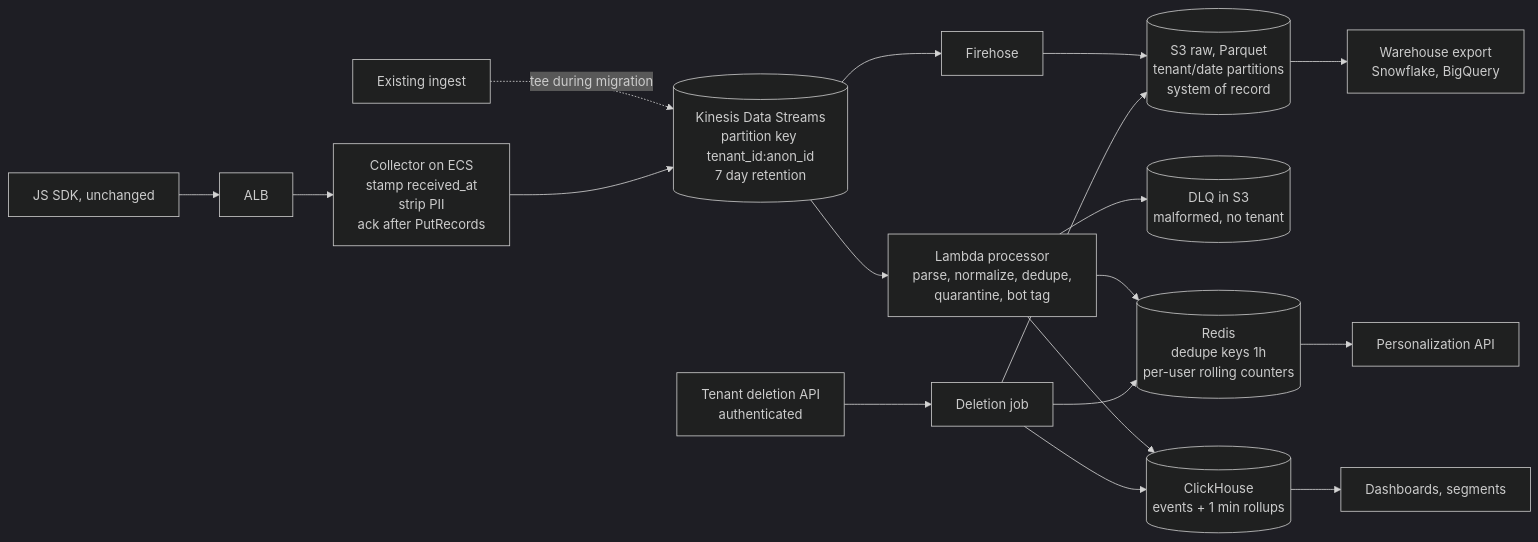
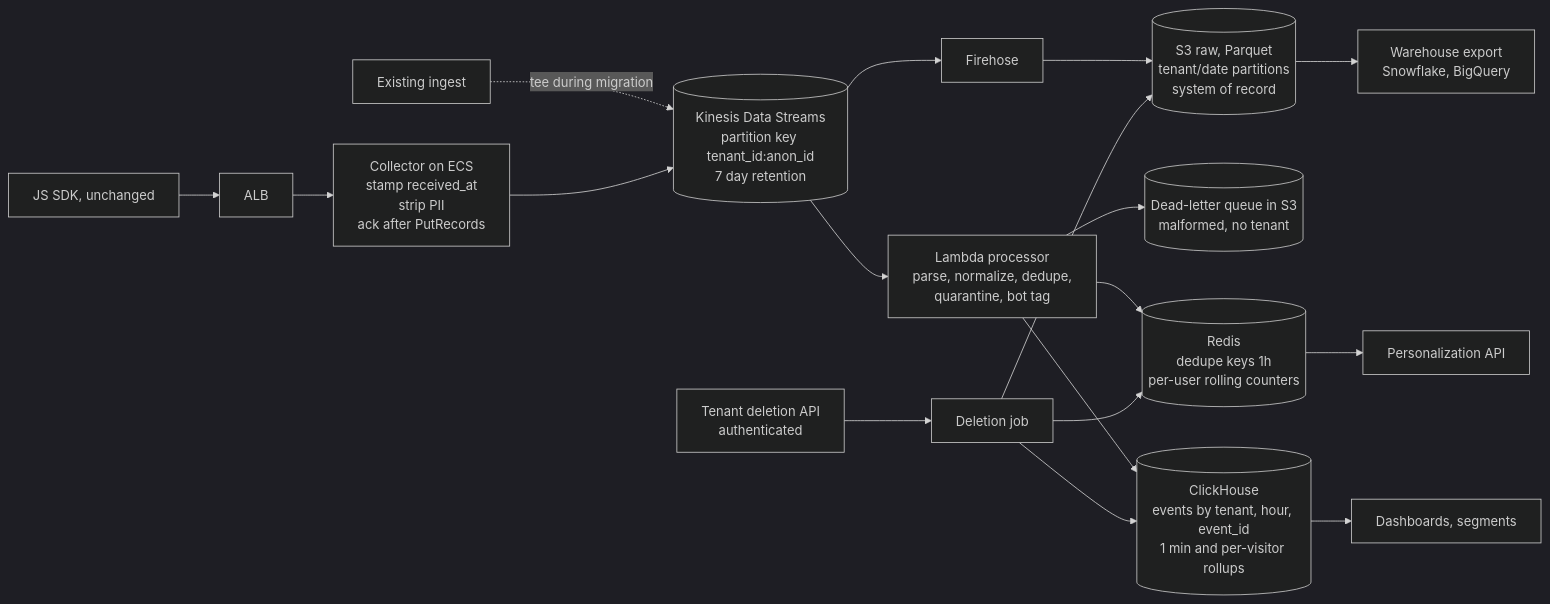
Before and after one commit to nuroctane/beat-claude-engineer-004: the diagram in SUBMISSION.md, drawn with Mermaid (dark theme). The commit also changed other lines of this file and 12 other files, not shown here.

````diff
--- a/SUBMISSION.md
+++ b/SUBMISSION.md
@@ -22,15 +20,15 @@
 ```mermaid
 flowchart LR
   SDK[JS SDK, unchanged] --> ALB --> C[Collector on ECS<br/>stamp received_at<br/>strip PII<br/>ack after PutRecords]
   OLD[Existing ingest] -. tee during migration .-> K
   C --> K[(Kinesis Data Streams<br/>partition key tenant_id:anon_id<br/>7 day retention)]
   K --> F[Firehose] --> S3[(S3 raw, Parquet<br/>tenant/date partitions<br/>system of record)]
   K --> L[Lambda processor<br/>parse, normalize, dedupe,<br/>quarantine, bot tag]
-  L --> DLQ[(DLQ in S3<br/>malformed, no tenant)]
+  L --> DLQ[(Dead-letter queue in S3<br/>malformed, no tenant)]
   L --> R[(Redis<br/>dedupe keys 1h<br/>per-user rolling counters)]
-  L --> CH[(ClickHouse<br/>events + 1 min rollups)]
+  L --> CH[(ClickHouse<br/>events by tenant, hour, event_id<br/>1 min and per-visitor rollups)]
   R --> P[Personalization API]
   CH --> D[Dashboards, segments]
   S3 --> W[Warehouse export<br/>Snowflake, BigQuery]
   PR[Tenant deletion API<br/>authenticated] --> J[Deletion job] --> S3 & CH & R
 ```
````
